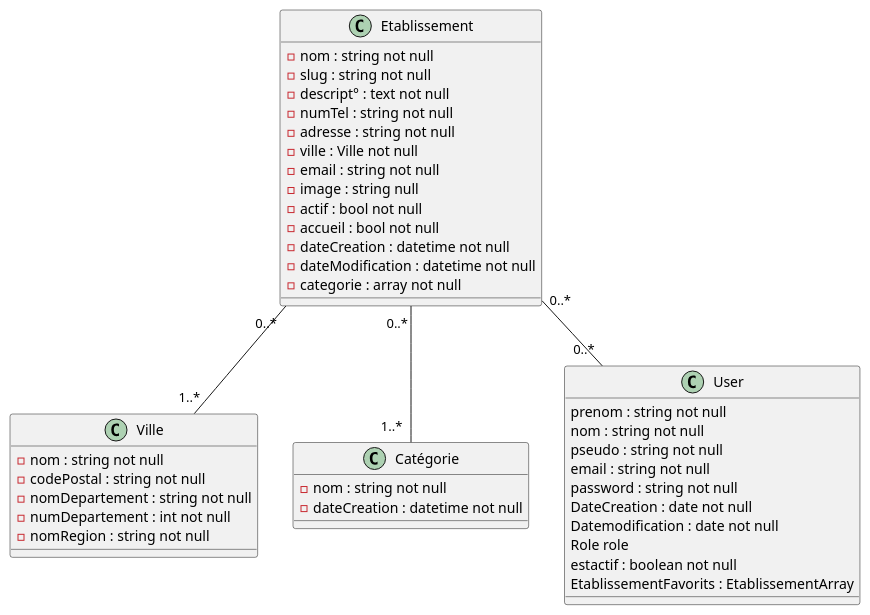
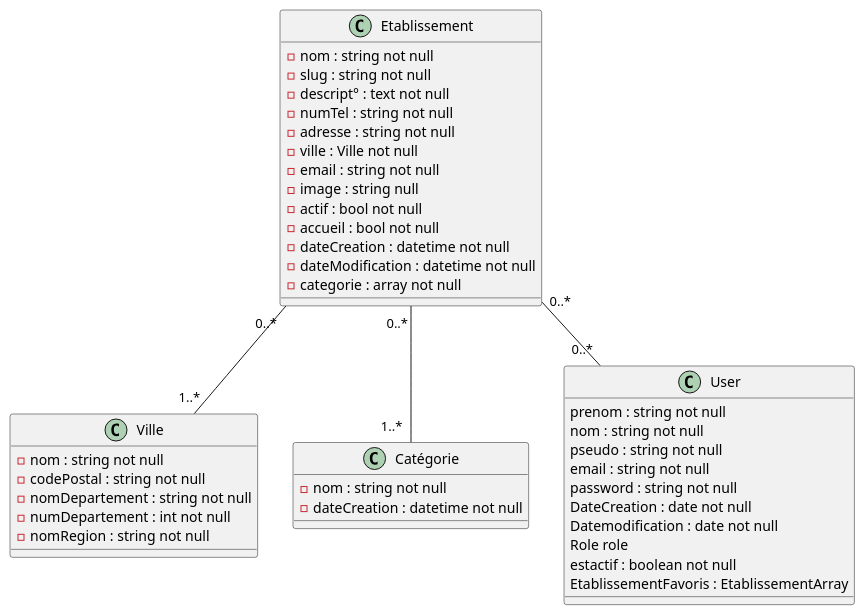
The diagram in documentation/Diagramme de classe.puml (PaulEtignard/FCTourisme2), drawn with PlantUML before and after one commit. The commit also changed 17 other files, not shown here.

```diff
--- a/documentation/Diagramme de classe.puml
+++ b/documentation/Diagramme de classe.puml
@@ -1,57 +1,57 @@
 @startuml
 'https://plantuml.com/class-diagram
 
 class Etablissement {
 
 -nom : string not null
 -slug : string not null
 -descript° : text not null
 -numTel : string not null
 -adresse : string not null
 -ville : Ville not null
 -email : string not null
 -image : string null
 -actif : bool not null
 -accueil : bool not null
 -dateCreation : datetime not null
 -dateModification : datetime not null
 -categorie : array not null
 
 }
 
 class Ville {
 
 -nom : string not null
 -codePostal : string not null
 -nomDepartement : string not null
 -numDepartement : int not null
 -nomRegion : string not null
 
 }
 
 class Catégorie {
 
 -nom : string not null
 -dateCreation : datetime not null
 
 }
 
 
 class User {
 
 prenom : string not null
 nom : string not null
 pseudo : string not null
 email : string not null
 password : string not null
 DateCreation : date not null
 Datemodification : date not null
 Role role
 estactif : boolean not null
-EtablissementFavorits : EtablissementArray
+EtablissementFavoris : EtablissementArray
 }
 
 Etablissement "0..* " -- "1..*  "Catégorie
 Etablissement "0..* "-- "1..*"Ville
 Etablissement "0..*"--"0..*"User
 @enduml
```
